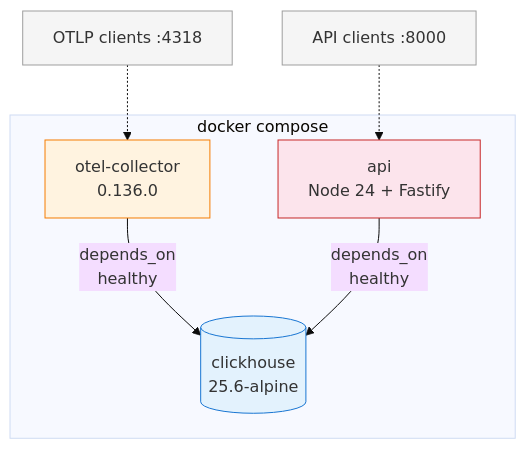
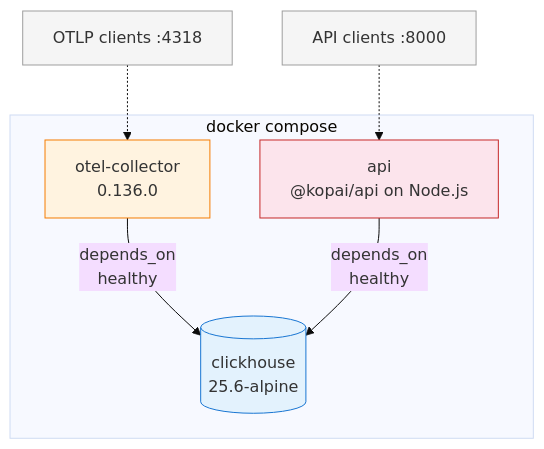
One commit to kopai-app/kopai-mono changed the third of 3 diagrams in examples/clickhouse-observability-backend/README.md. Above: the diagram before and after it, drawn with Mermaid (base theme). The commit also changed other lines of this file, not shown here.

Commit message:
fix(docs): API text in diagram

````diff
--- a/examples/clickhouse-observability-backend/README.md
+++ b/examples/clickhouse-observability-backend/README.md
@@ -33,20 +33,20 @@
 ```mermaid
 graph TB
     subgraph compose["docker compose"]
         CH[("clickhouse<br/>25.6-alpine")]
         OC["otel-collector<br/>0.136.0"]
-        API["api<br/>Node 24 + Fastify"]
+        API["api<br/>@kopai/api on Node.js"]
     end
 
     OC -->|depends_on<br/>healthy| CH
     API -->|depends_on<br/>healthy| CH
 
     EXT_OTEL["OTLP clients :4318"] -.-> OC
     EXT_API["API clients :8000"] -.-> API
 
     style CH fill:#e3f2fd,stroke:#1976d2
     style OC fill:#fff3e0,stroke:#f57c00
     style API fill:#fce4ec,stroke:#c62828
     style EXT_OTEL fill:#f5f5f5,stroke:#9e9e9e
     style EXT_API fill:#f5f5f5,stroke:#9e9e9e
 ```
````
